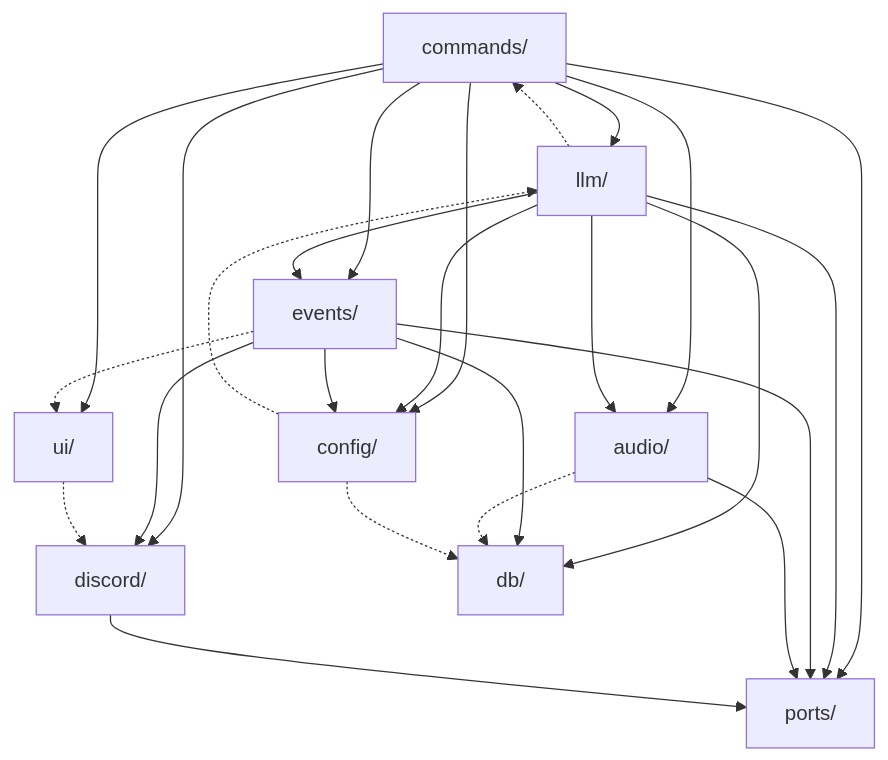
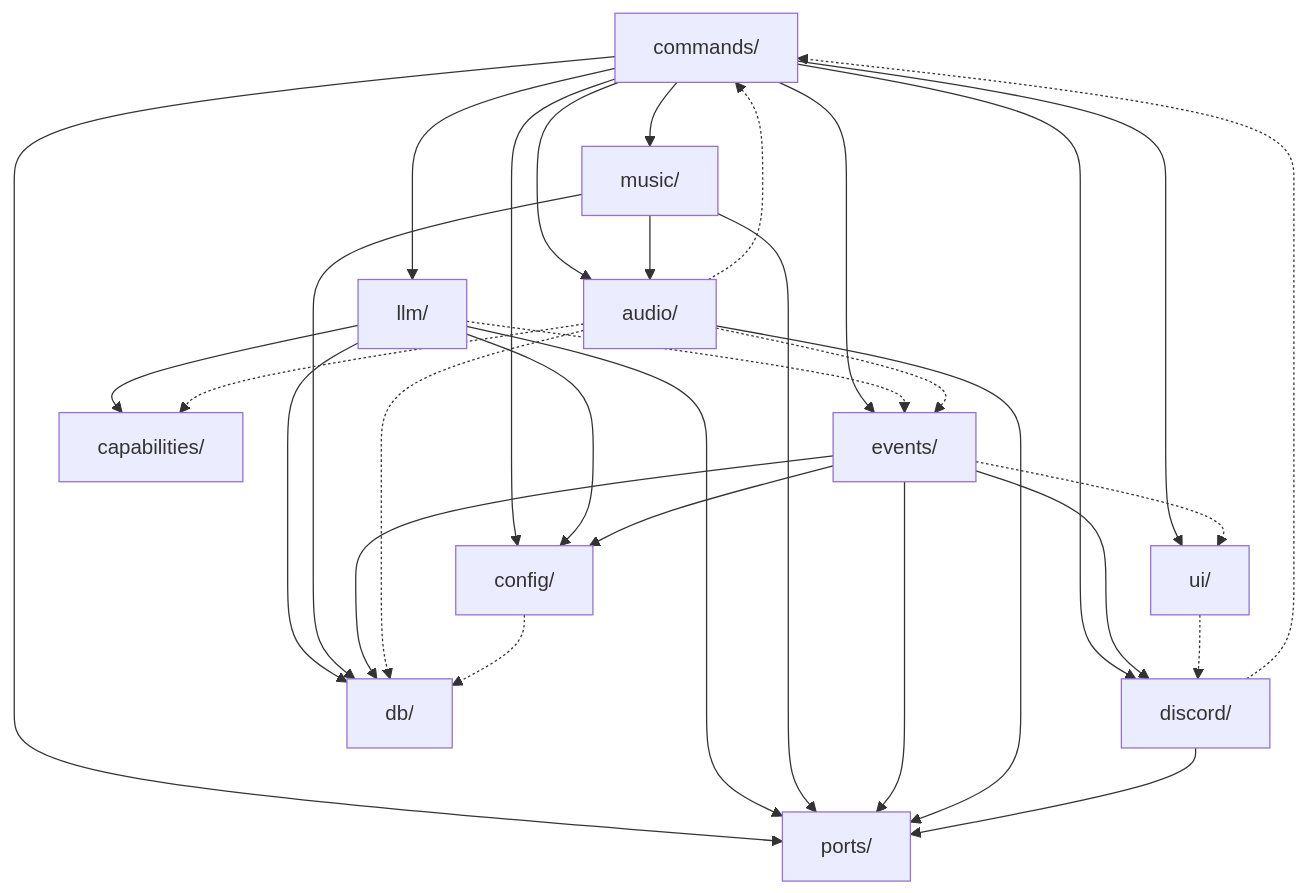
One commit to mhorn00/LatiBot-cpp changed the fourth of 4 diagrams in docs/architecture/Components.md. Above: the diagram before and after it, drawn with Mermaid. The commit also changed other lines of this file and 9 other files, not shown here.

First line of the commit message:
refactor(llm): the language model checks its own config keys

````diff
--- a/docs/architecture/Components.md
+++ b/docs/architecture/Components.md
@@ -232,41 +232,50 @@
 ```mermaid
 flowchart TB
     commands["commands/"]
     llm["llm/"]
+    music["music/"]
     events["events/"]
     audio["audio/"]
+    capabilities["capabilities/"]
     ui["ui/"]
     config["config/"]
     discord["discord/"]
     ports["ports/"]
     db["db/"]
 
     commands --> llm
+    commands --> music
     commands --> events
     commands --> audio
     commands --> ui
     commands --> config
     commands --> discord
     commands --> ports
 
-    llm -.-> commands
-    llm --> events
-    llm --> audio
+    llm --> capabilities
+    llm -.-> events
     llm --> config
     llm --> ports
     llm --> db
+
+    music --> audio
+    music --> ports
+    music --> db
 
     events --> config
     events --> discord
     events --> ports
     events --> db
     events -.-> ui
 
     audio --> ports
+    audio -.-> capabilities
+    audio -.-> commands
+    audio -.-> events
     audio -.-> db
 
     ui -.-> discord
     config -.-> db
-    config -.-> llm
     discord --> ports
+    discord -.-> commands
 ```
````
